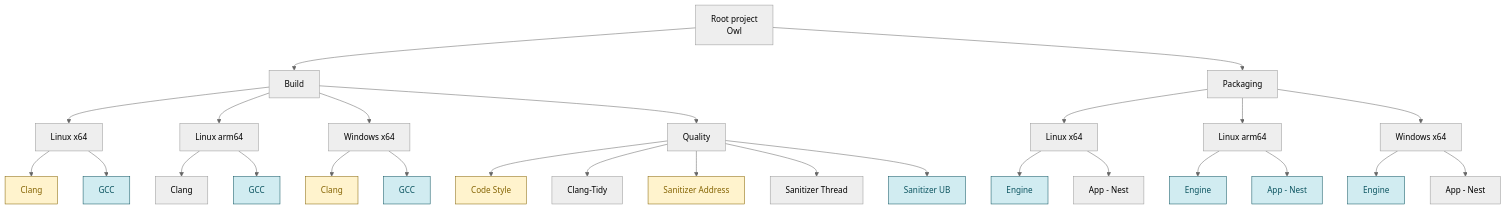
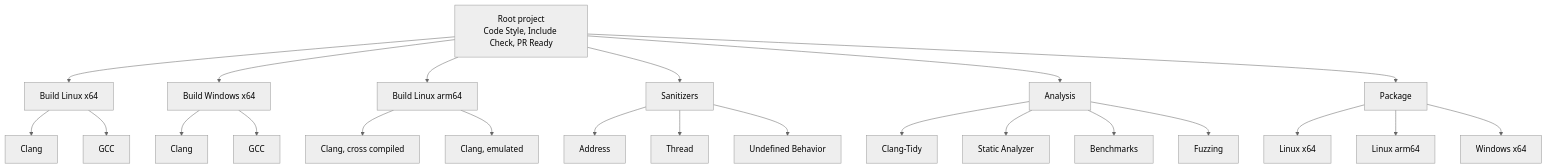
Before and after one commit to Silmaen/Owl: the first of 3 diagrams in doc/pages/continuous_integration.md, drawn with Mermaid (neutral theme). The commit also changed other lines of this file and 52 other files, not shown here.

````diff
--- a/doc/pages/continuous_integration.md
+++ b/doc/pages/continuous_integration.md
@@ -38,33 +35,25 @@
 ```mermaid
 flowchart TD
-    Root[Root project<br/>Owl] --> Build[Build]
-    Root --> Pkg[Packaging]
-    Build --> Lx[Linux x64]
-    Build --> La[Linux arm64]
-    Build --> Wx[Windows x64]
-    Build --> Q[Quality]
+    Root["Root project<br/>Code Style, Include Check, PR Ready"] --> Lx[Build Linux x64]
+    Root --> Wx[Build Windows x64]
+    Root --> La[Build Linux arm64]
+    Root --> San[Sanitizers]
+    Root --> An[Analysis]
+    Root --> Pkg[Package]
     Lx --> LxC[Clang]
     Lx --> LxG[GCC]
-    La --> LaC[Clang]
-    La --> LaG[GCC]
     Wx --> WxC[Clang]
     Wx --> WxG[GCC]
-    Q --> CS[Code Style]
-    Q --> CT[Clang-Tidy]
-    Q --> SA[Sanitizer Address]
-    Q --> ST[Sanitizer Thread]
-    Q --> SU[Sanitizer UB]
-    Pkg --> PLx[Linux x64]
-    Pkg --> PLa[Linux arm64]
-    Pkg --> PWx[Windows x64]
-    PLx --> PLxE[Engine]
-    PLx --> PLxN[App - Nest]
-    PLa --> PLaE[Engine]
-    PLa --> PLaN[App - Nest]
-    PWx --> PWxE[Engine]
-    PWx --> PWxN[App - Nest]
-    classDef draft fill:#fff3cd,stroke:#856404,color:#856404
-    classDef mainOnly fill:#d1ecf1,stroke:#0c5460,color:#0c5460
-    class LxC,WxC,CS,SA draft
-    class LxG,LaG,WxG,SU,PLxE,PLaE,PLaN,PWxE mainOnly
+    La --> LaC[Clang, cross compiled]
+    La --> LaE[Clang, emulated]
+    San --> SA[Address]
+    San --> ST[Thread]
+    San --> SU[Undefined Behavior]
+    An --> CT[Clang-Tidy]
+    An --> AN[Static Analyzer]
+    An --> BE[Benchmarks]
+    An --> FZ[Fuzzing]
+    Pkg --> PL[Linux x64]
+    Pkg --> PA[Linux arm64]
+    Pkg --> PW[Windows x64]
 ```
````
